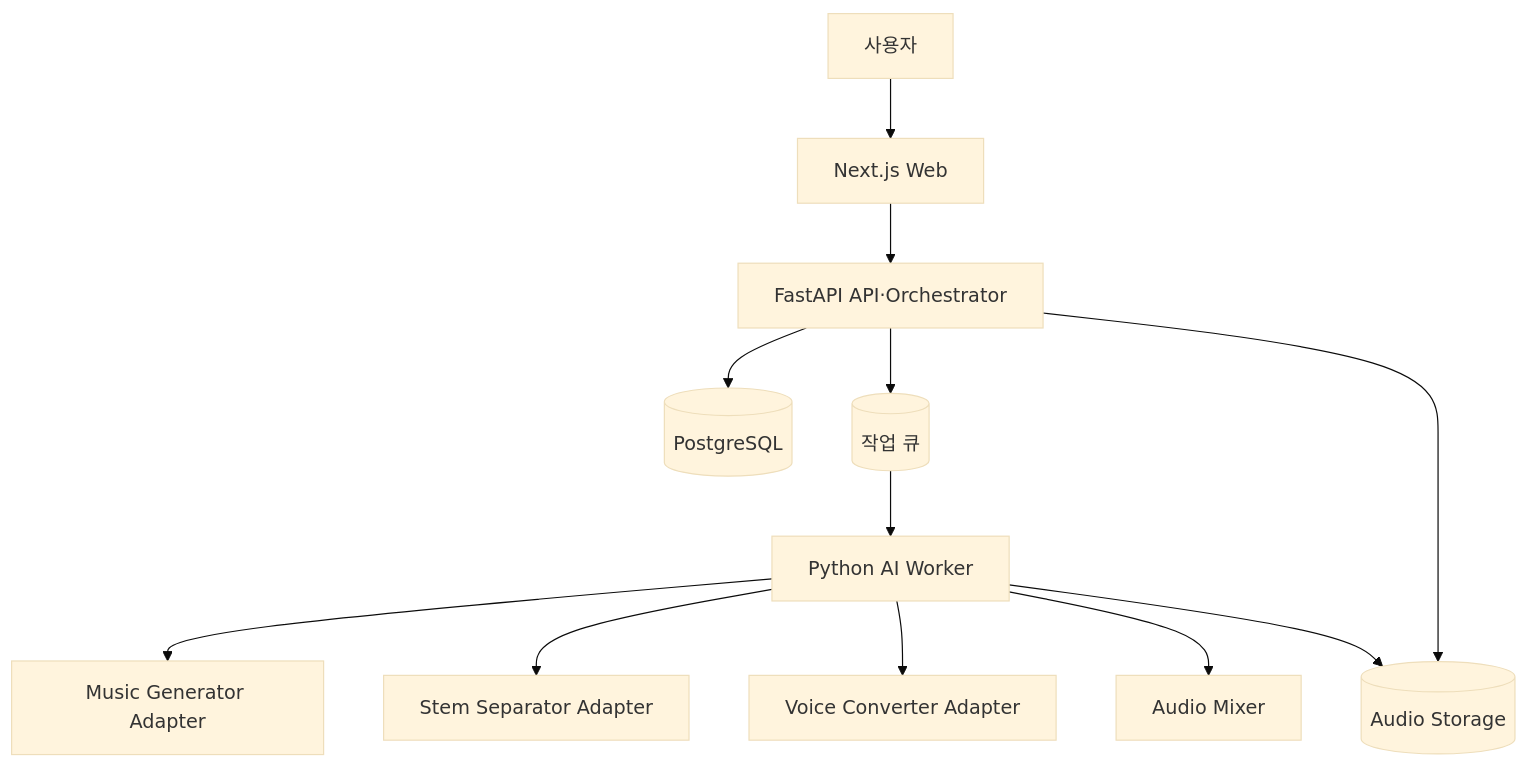
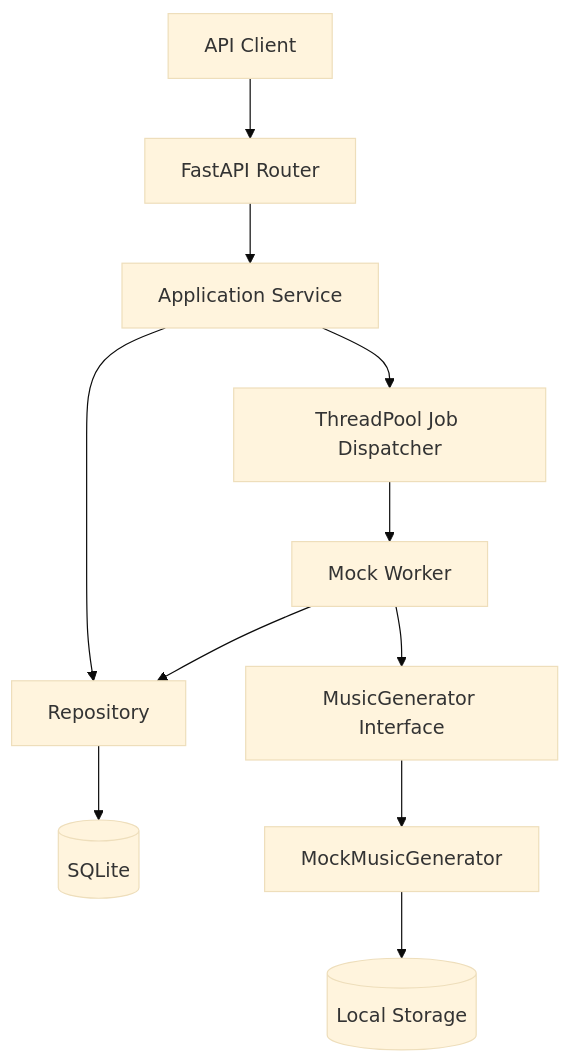
Before and after one commit to DohaStudio/DohaMusic: the diagram in docs/03-architecture/system-architecture.md, drawn with Mermaid (base theme). The commit also changed other lines of this file and 88 other files, not shown here.

````diff
--- a/docs/03-architecture/system-architecture.md
+++ b/docs/03-architecture/system-architecture.md
@@ -6,14 +6,13 @@
 ```mermaid
 flowchart TB
-  U[사용자] --> W[Next.js Web]
-  W --> A[FastAPI API·Orchestrator]
-  A --> D[(PostgreSQL)]
-  A --> Q[(작업 큐)]
-  Q --> K[Python AI Worker]
-  K --> MG[Music Generator Adapter]
-  K --> SS[Stem Separator Adapter]
-  K --> VC[Voice Converter Adapter]
-  K --> MX[Audio Mixer]
-  K --> O[(Audio Storage)]
-  A --> O
+  C[API Client] --> A[FastAPI Router]
+  A --> S[Application Service]
+  S --> R[Repository]
+  R --> D[(SQLite)]
+  S --> J[ThreadPool Job Dispatcher]
+  J --> W[Mock Worker]
+  W --> I[MusicGenerator Interface]
+  I --> M[MockMusicGenerator]
+  M --> O[(Local Storage)]
+  W --> R
 ```
````
